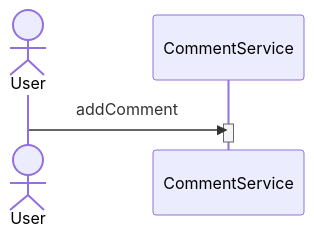
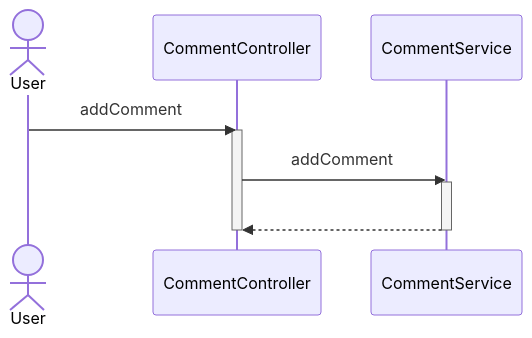
Before and after one commit to lightmon233/Memento: the ninth of 10 diagrams in README.md, drawn with Mermaid. The commit also changed other lines of this file, not shown here.

````diff
--- a/README.md
+++ b/README.md
@@ -213,7 +233,11 @@
 ```mermaid
 sequenceDiagram
 actor User
-User ->> CommentService : addComment
+User ->> CommentController : addComment
+activate CommentController
+CommentController ->> CommentService : addComment
 activate CommentService
+CommentService -->> CommentController : #32; 
 deactivate CommentService
+deactivate CommentController
 ```
````
